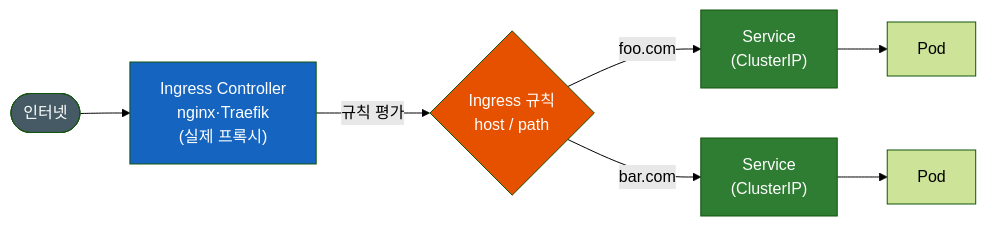
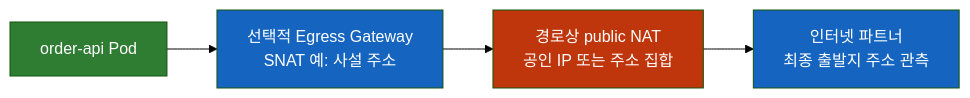
One commit to sskim91/TIL changed the second of 2 diagrams in kubernetes/Kubernetes-Ingress-vs-Egress.md. Above: the diagram before and after it, drawn with Mermaid (forest theme). The commit also changed other lines of this file and 39 other files, not shown here.

````diff
--- a/kubernetes/Kubernetes-Ingress-vs-Egress.md
+++ b/kubernetes/Kubernetes-Ingress-vs-Egress.md
@@ -75,15 +146,10 @@
 ```mermaid
 flowchart LR
-    internet([인터넷]) --> ic["Ingress Controller<br>nginx·Traefik<br>(실제 프록시)"]
-    ic -->|규칙 평가| rules{"Ingress 규칙<br>host / path"}
-    rules -->|foo.com| svc1["Service<br>(ClusterIP)"]
-    rules -->|bar.com| svc2["Service<br>(ClusterIP)"]
-    svc1 --> pod1[Pod]
-    svc2 --> pod2[Pod]
-
-    style internet fill:#455A64,color:#fff
-    style ic fill:#1565C0,color:#fff
-    style rules fill:#E65100,color:#fff
-    style svc1 fill:#2E7D32,color:#fff
-    style svc2 fill:#2E7D32,color:#fff
+    P["order-api Pod"] --> G["선택적 Egress Gateway<br>SNAT 예: 사설 주소"]
+    G --> N["경로상 public NAT<br>공인 IP 또는 주소 집합"]
+    N --> E["인터넷 파트너<br>최종 출발지 주소 관측"]
+    style P fill:#2E7D32,color:#fff
+    style G fill:#1565C0,color:#fff
+    style N fill:#BF360C,color:#fff
+    style E fill:#1565C0,color:#fff
 ```
````
